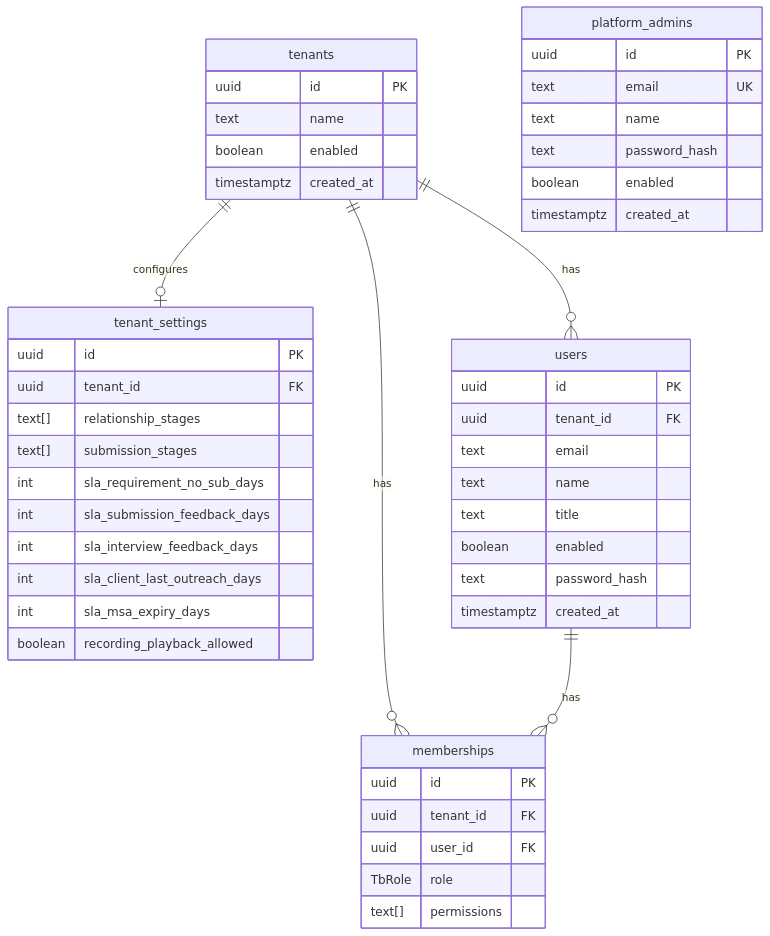
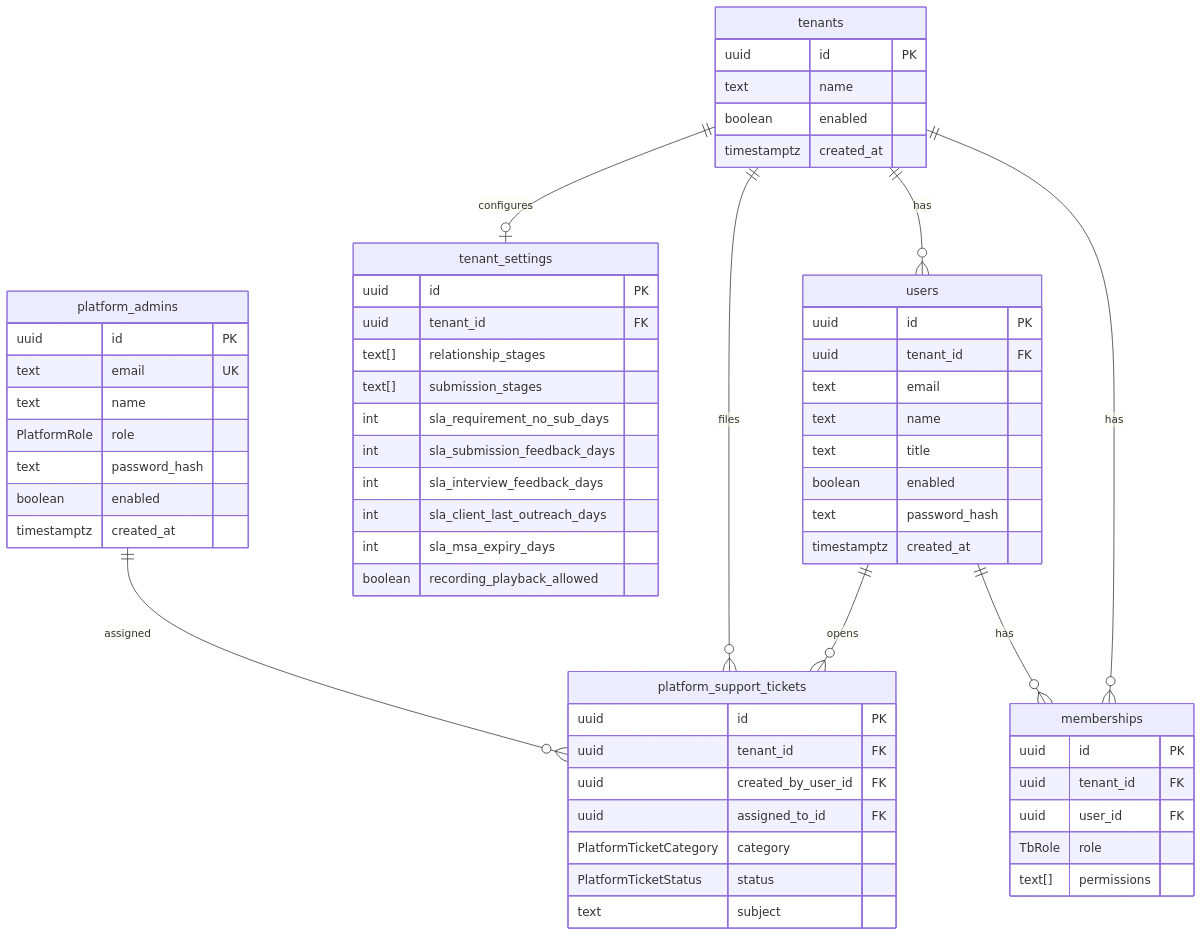
The second of 6 diagrams in docs/schema-er-diagram.md (NityaSoftwareSolutionsInc/TalentBridge), drawn with Mermaid before and after one commit. The commit also changed other lines of this file and 16 other files, not shown here.

````diff
--- a/docs/schema-er-diagram.md
+++ b/docs/schema-er-diagram.md
@@ -68,51 +68,64 @@
 ```mermaid
 erDiagram
   tenants {
     uuid id PK
     text name
     boolean enabled
     timestamptz created_at
   }
   platform_admins {
     uuid id PK
     text email UK
     text name
+    PlatformRole role
     text password_hash
     boolean enabled
     timestamptz created_at
+  }
+  platform_support_tickets {
+    uuid id PK
+    uuid tenant_id FK
+    uuid created_by_user_id FK
+    uuid assigned_to_id FK
+    PlatformTicketCategory category
+    PlatformTicketStatus status
+    text subject
   }
   tenant_settings {
     uuid id PK
     uuid tenant_id FK
     text[] relationship_stages
     text[] submission_stages
     int sla_requirement_no_sub_days
     int sla_submission_feedback_days
     int sla_interview_feedback_days
     int sla_client_last_outreach_days
     int sla_msa_expiry_days
     boolean recording_playback_allowed
   }
   users {
     uuid id PK
     uuid tenant_id FK
     text email
     text name
     text title
     boolean enabled
     text password_hash
     timestamptz created_at
   }
   memberships {
     uuid id PK
     uuid tenant_id FK
     uuid user_id FK
     TbRole role
     text[] permissions
   }
 
   tenants ||--o| tenant_settings : configures
+  tenants ||--o{ platform_support_tickets : files
+  platform_admins ||--o{ platform_support_tickets : assigned
+  users ||--o{ platform_support_tickets : opens
   tenants ||--o{ users : has
   tenants ||--o{ memberships : has
   users ||--o{ memberships : has
 ```
````
